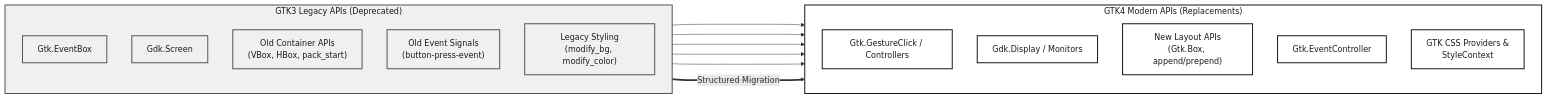
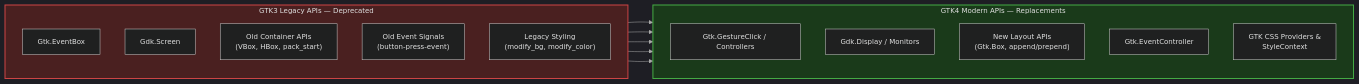
Before and after one commit to Dev10-sys/sugar-proposal-gtk: the third of 9 diagrams in proposal.md, drawn with Mermaid. The commit also changed other lines of this file, not shown here.

Commit message:
Dark theme diagrams: professional system architecture style with amber highlights

````diff
--- a/proposal.md
+++ b/proposal.md
@@ -268,38 +247,30 @@
 ```mermaid
+%%{init: {'theme': 'dark', 'themeVariables': {'primaryColor': '#2a2a2a', 'primaryBorderColor': '#888', 'lineColor': '#aaa', 'textColor': '#e0e0e0', 'fontSize': '14px'}}}%%
 flowchart LR
-    %% Deprecated Components
-    subgraph Legacy ["GTK3 Legacy APIs (Deprecated)"]
+    subgraph Legacy ["GTK3 Legacy APIs — Deprecated"]
         direction TB
         EventBox["Gtk.EventBox"]
         GdkScreen["Gdk.Screen"]
         ContainerAPI["Old Container APIs\n(VBox, HBox, pack_start)"]
         OldSignals["Old Event Signals\n(button-press-event)"]
         ModifyBG["Legacy Styling\n(modify_bg, modify_color)"]
     end
 
-    %% Modern Equivalents
-    subgraph Modern ["GTK4 Modern APIs (Replacements)"]
+    subgraph Modern ["GTK4 Modern APIs — Replacements"]
         direction TB
         GestureController["Gtk.GestureClick / Controllers"]
         GdkDisplay["Gdk.Display / Monitors"]
         NewLayoutAPI["New Layout APIs\n(Gtk.Box, append/prepend)"]
         EventControllers["Gtk.EventController"]
         CSSStyling["GTK CSS Providers &\nStyleContext"]
     end
 
-    %% Mapping connections
-    Legacy ===>|Structured Migration| Modern
-
     EventBox --> GestureController
     GdkScreen --> GdkDisplay
     ContainerAPI --> NewLayoutAPI
     OldSignals --> EventControllers
     ModifyBG --> CSSStyling
 
-    %% Styling
-    classDef legacy fill:#f0f0f0,stroke:#555,stroke-width:2px,color:#1a1a1a;
-    classDef modern fill:#fff,stroke:#1a1a1a,stroke-width:2px,color:#1a1a1a;
-
-    class Legacy,EventBox,GdkScreen,ContainerAPI,OldSignals,ModifyBG legacy;
-    class Modern,GestureController,GdkDisplay,NewLayoutAPI,EventControllers,CSSStyling modern;
+    style Legacy fill:#4a2020,stroke:#c44,stroke-width:2px,color:#e0e0e0
+    style Modern fill:#1a3a1a,stroke:#4a4,stroke-width:2px,color:#e0e0e0
 ```
````
